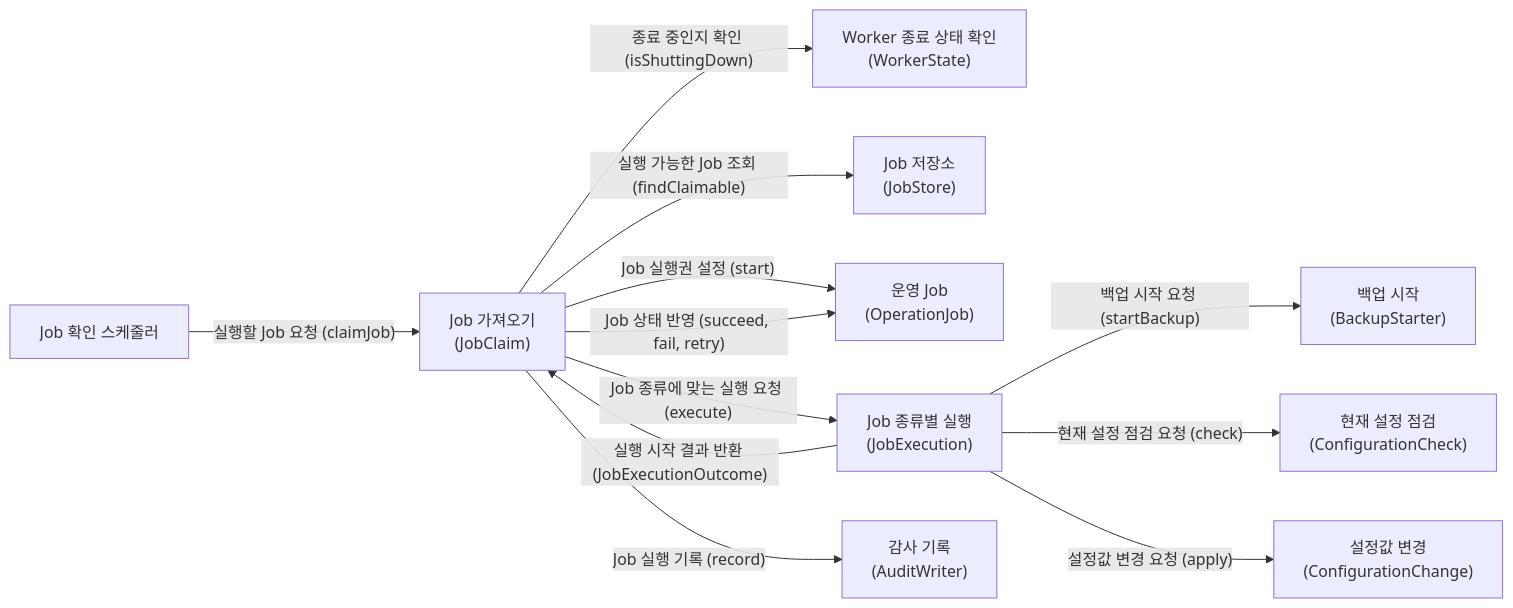
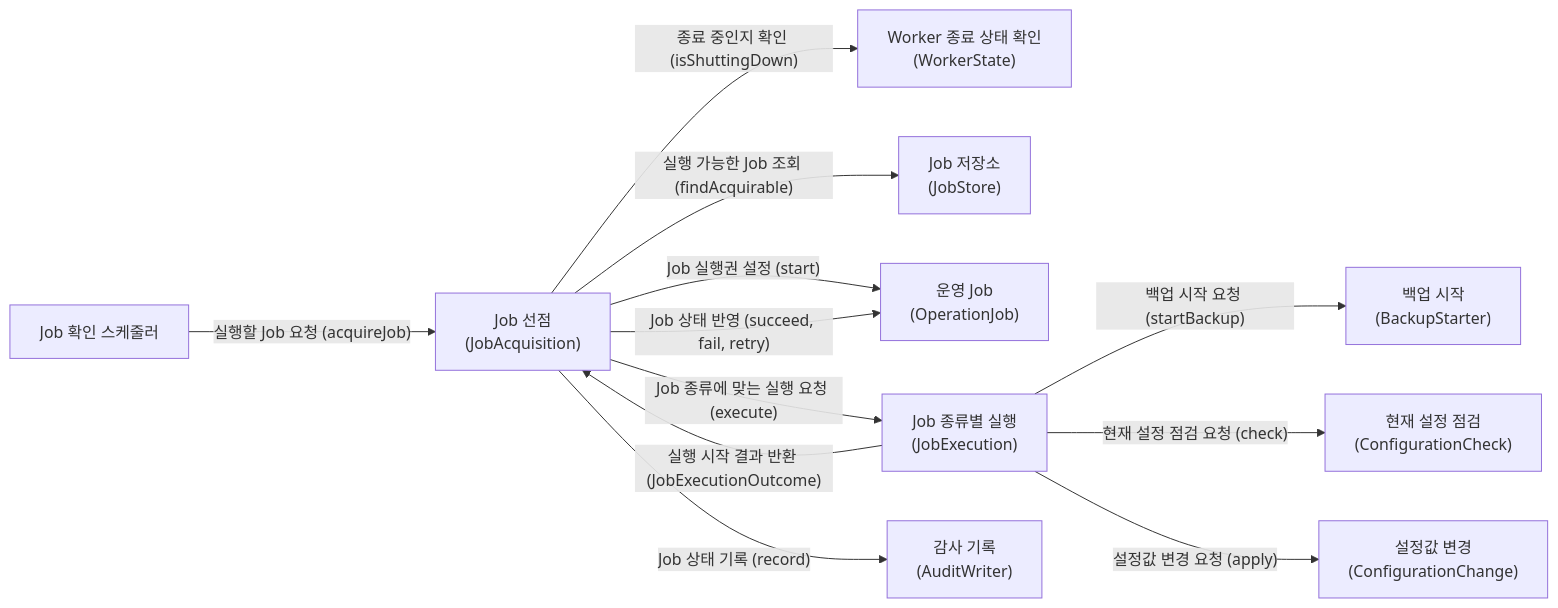
Before and after one commit to hsjni0110/db-fleet-ops: the third of 12 diagrams in docs/diagram/유스케이스별-객체-관계.md, drawn with Mermaid. The commit also changed other lines of this file and 150 other files, not shown here.

````diff
--- a/docs/diagram/유스케이스별-객체-관계.md
+++ b/docs/diagram/유스케이스별-객체-관계.md
@@ -63,25 +63,25 @@
 ```mermaid
 flowchart LR
     SCHEDULER[Job 확인 스케줄러]
-    CLAIM["Job 가져오기<br/>(JobClaim)"]
+    ACQUISITION["Job 선점<br/>(JobAcquisition)"]
     WORKER_STATE["Worker 종료 상태 확인<br/>(WorkerState)"]
     STORE["Job 저장소<br/>(JobStore)"]
     JOB["운영 Job<br/>(OperationJob)"]
     BACKUP["백업 시작<br/>(BackupStarter)"]
     CONFIG_CHECK["현재 설정 점검<br/>(ConfigurationCheck)"]
     CONFIG_CHANGE["설정값 변경<br/>(ConfigurationChange)"]
     EXECUTION["Job 종류별 실행<br/>(JobExecution)"]
     AUDIT["감사 기록<br/>(AuditWriter)"]
 
-    SCHEDULER -->|"실행할 Job 요청 (claimJob)"| CLAIM
-    CLAIM -->|"종료 중인지 확인 (isShuttingDown)"| WORKER_STATE
-    CLAIM -->|"실행 가능한 Job 조회 (findClaimable)"| STORE
-    CLAIM -->|"Job 실행권 설정 (start)"| JOB
-    CLAIM -->|"Job 종류에 맞는 실행 요청 (execute)"| EXECUTION
+    SCHEDULER -->|"실행할 Job 요청 (acquireJob)"| ACQUISITION
+    ACQUISITION -->|"종료 중인지 확인 (isShuttingDown)"| WORKER_STATE
+    ACQUISITION -->|"실행 가능한 Job 조회 (findAcquirable)"| STORE
+    ACQUISITION -->|"Job 실행권 설정 (start)"| JOB
+    ACQUISITION -->|"Job 종류에 맞는 실행 요청 (execute)"| EXECUTION
     EXECUTION -->|"백업 시작 요청 (startBackup)"| BACKUP
     EXECUTION -->|"현재 설정 점검 요청 (check)"| CONFIG_CHECK
     EXECUTION -->|"설정값 변경 요청 (apply)"| CONFIG_CHANGE
-    EXECUTION -->|"실행 시작 결과 반환 (JobExecutionOutcome)"| CLAIM
-    CLAIM -->|"Job 상태 반영 (succeed, fail, retry)"| JOB
-    CLAIM -->|"Job 실행 기록 (record)"| AUDIT
+    EXECUTION -->|"실행 시작 결과 반환 (JobExecutionOutcome)"| ACQUISITION
+    ACQUISITION -->|"Job 상태 반영 (succeed, fail, retry)"| JOB
+    ACQUISITION -->|"Job 상태 기록 (record)"| AUDIT
 ```
````
